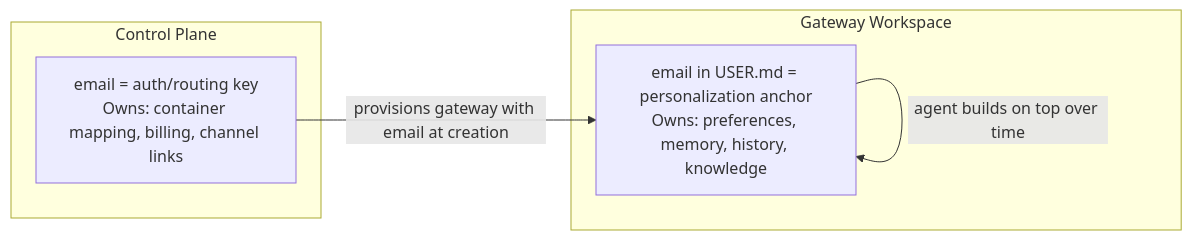
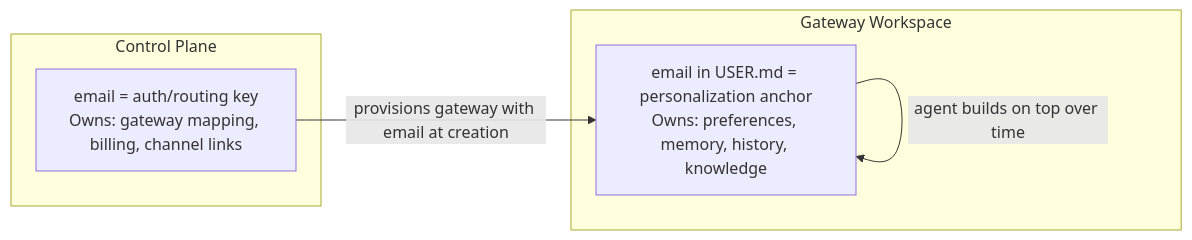
Before and after one commit to 1qh/claw: the diagram in brainstorm/identity.md, drawn with Mermaid. The commit also changed other lines of this file and 9 other files, not shown here.

Commit message:
Update all files: replace container refs with gateway process architecture

````diff
--- a/brainstorm/identity.md
+++ b/brainstorm/identity.md
@@ -42,13 +44,13 @@
 ```mermaid
 graph LR
     subgraph "Control Plane"
-        A["email = auth/routing key<br/>Owns: container mapping, billing, channel links"]
+        A["email = auth/routing key<br/>Owns: gateway mapping, billing, channel links"]
     end
 
     subgraph "Gateway Workspace"
         B["email in USER.md = personalization anchor<br/>Owns: preferences, memory, history, knowledge"]
     end
 
     A -->|"provisions gateway with email at creation"| B
     B -->|"agent builds on top over time"| B
 ```
````
